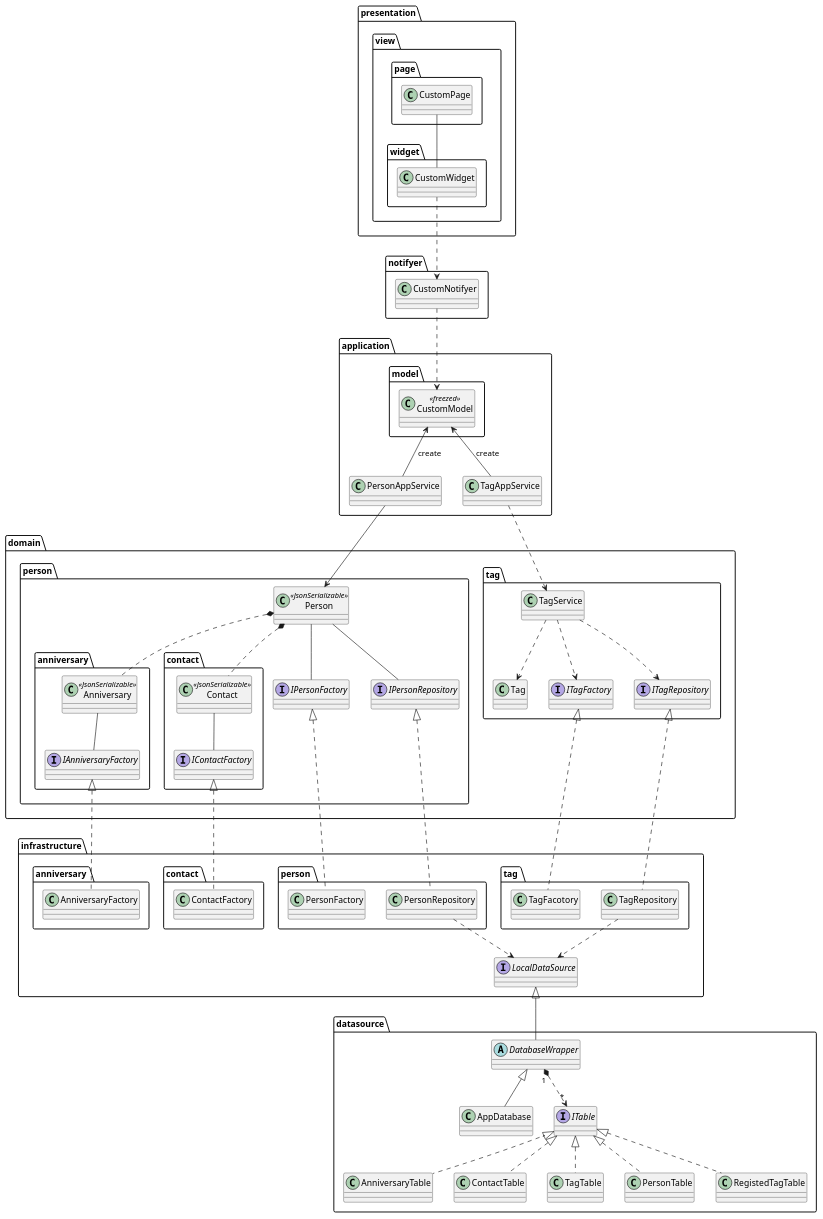
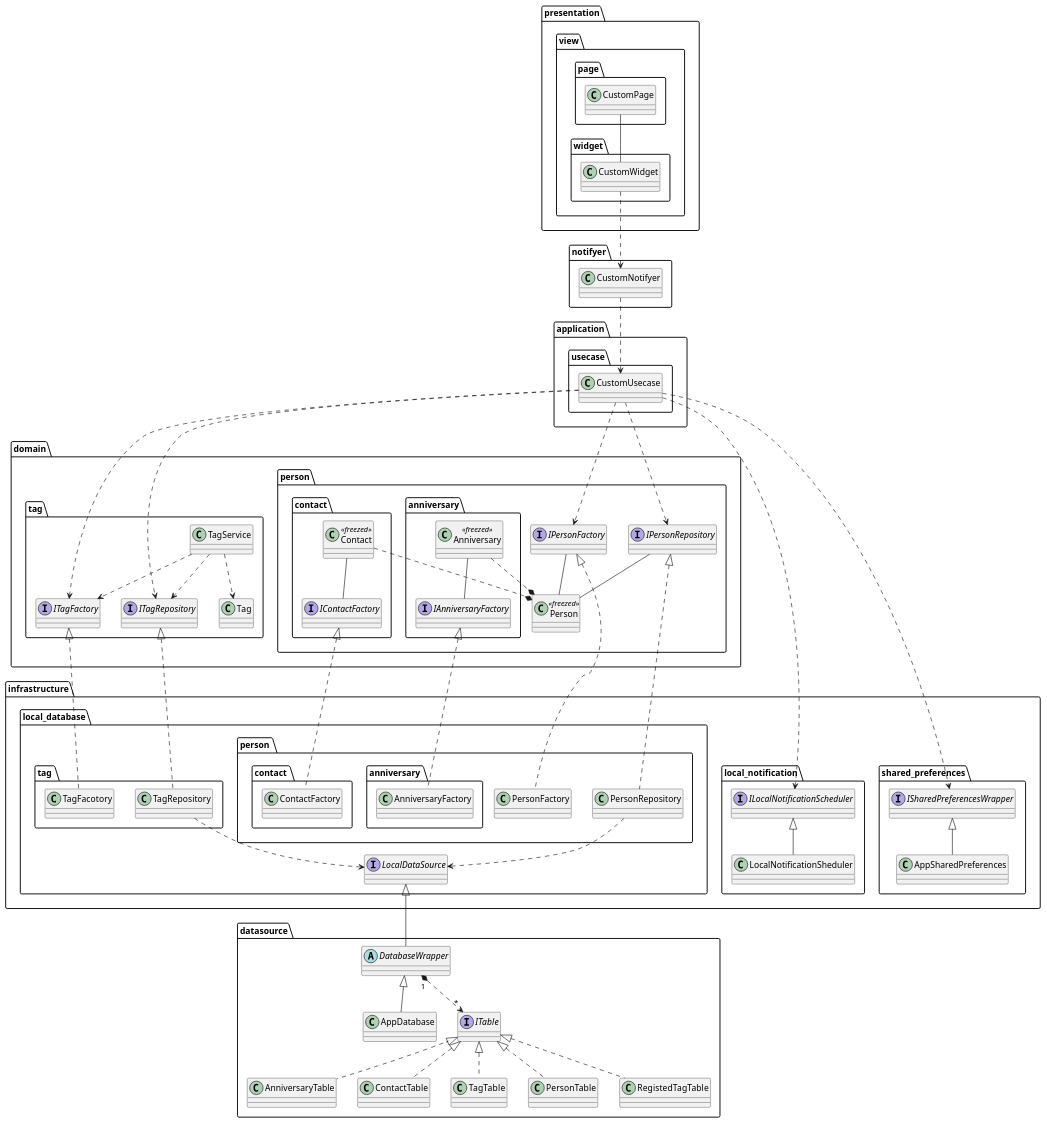
The diagram in uml/class_diagram.pu (nmskm240/friend_list), drawn with PlantUML before and after one commit. The commit also changed 15 other files, not shown here.

Commit message:
reate shared preferences provider

```diff
--- a/uml/class_diagram.pu
+++ b/uml/class_diagram.pu
@@ -1,130 +1,143 @@
 @startuml
 
 package presentation {
     package view {
         package page {
             class CustomPage
         }
         package widget {
             class CustomWidget
         }
     }
 }
 
 package notifyer {
     class CustomNotifyer
 }
 
 package application {
-    package model {
-        class CustomModel<<freezed>>
+    package usecase {
+        class CustomUsecase
     }
-    class PersonAppService
-    class TagAppService
 }
 
 package domain {
     package person {
         package anniversary {
-            class Anniversary<<JsonSerializable>>
+            class Anniversary<<freezed>>
             interface IAnniversaryFactory
         }
         package contact {
-            class Contact<<JsonSerializable>>
+            class Contact<<freezed>>
             interface IContactFactory
         }
-        class Person<<JsonSerializable>>
+        class Person<<freezed>>
         interface IPersonFactory
         interface IPersonRepository
     }
     package tag {
         class Tag
         class TagService
         interface ITagFactory
         interface ITagRepository
     }
 }
 
 package infrastructure {
-    package "anniversary " {
-        class AnniversaryFactory
+    package local_database {
+        package "person " {
+            package "anniversary " {
+                class AnniversaryFactory
+            }
+            package "contact " {
+                class ContactFactory
+            }
+            class PersonFactory
+            class PersonRepository
+        }
+        package "tag " {
+            class TagFacotory
+            class TagRepository
+        }
+        interface LocalDataSource
     }
-    package "contact " {
-        class ContactFactory
+    package local_notification {
+        interface ILocalNotificationScheduler
+        class LocalNotificationSheduler
     }
-    package "person " {
-        class PersonFactory
-        class PersonRepository
+    package shared_preferences {
+        interface ISharedPreferencesWrapper
+        class AppSharedPreferences
     }
-    package "tag " {
-        class TagFacotory
-        class TagRepository
-    }
-    interface LocalDataSource
 }
 
 package datasource {
     class AppDatabase
     class AnniversaryTable
     class ContactTable
     class TagTable
     class PersonTable
     class RegistedTagTable
     abstract DatabaseWrapper
     interface ITable
 }
 
 ' view
 CustomPage -- CustomWidget
 
 ' view - notifyer
 CustomWidget ..> CustomNotifyer
 
 ' notifyer - application
-CustomNotifyer ..> CustomModel
+CustomNotifyer ..> CustomUsecase
 
 ' application
-CustomModel <-- TagAppService : create
-CustomModel <-- PersonAppService : create
+
 
 ' application - domain
-TagAppService ..> TagService
-PersonAppService --> Person
+CustomUsecase ..> IPersonRepository
+CustomUsecase ..> IPersonFactory
+CustomUsecase ..> ITagRepository
+CustomUsecase ..> ITagFactory
+CustomUsecase ..> ILocalNotificationScheduler
+CustomUsecase ..> ISharedPreferencesWrapper
 
 ' domain
 Anniversary -- IAnniversaryFactory
 Contact -- IContactFactory
-Person *.. Anniversary
-Person *.. Contact
-Person -- IPersonFactory
-Person -- IPersonRepository
+Anniversary ..* Person
+Contact ..* Person
+IPersonFactory -- Person
+IPersonRepository -- Person
 TagService ..> Tag
 TagService ..> ITagFactory
 TagService ..> ITagRepository
 
 
 ' domain - infrastructure
 IAnniversaryFactory <|.. AnniversaryFactory
 IContactFactory <|.. ContactFactory
 ITagFactory <|.. TagFacotory
 ITagRepository <|.. TagRepository
 IPersonFactory <|.. PersonFactory
 IPersonRepository <|.. PersonRepository
 
 ' infrastructure
 TagRepository ..> LocalDataSource
 PersonRepository ..> LocalDataSource
+ILocalNotificationScheduler <|-- LocalNotificationSheduler
+ISharedPreferencesWrapper <|-- AppSharedPreferences
 
 ' infrastructure - datasource
 LocalDataSource <|-- DatabaseWrapper
 
 ' datasource
 DatabaseWrapper <|-- AppDatabase
 DatabaseWrapper "1" *..> "*" ITable
 ITable <|.. AnniversaryTable
 ITable <|.. ContactTable
 ITable <|.. TagTable
 ITable <|.. PersonTable
 ITable <|.. RegistedTagTable
 
 @enduml
```
